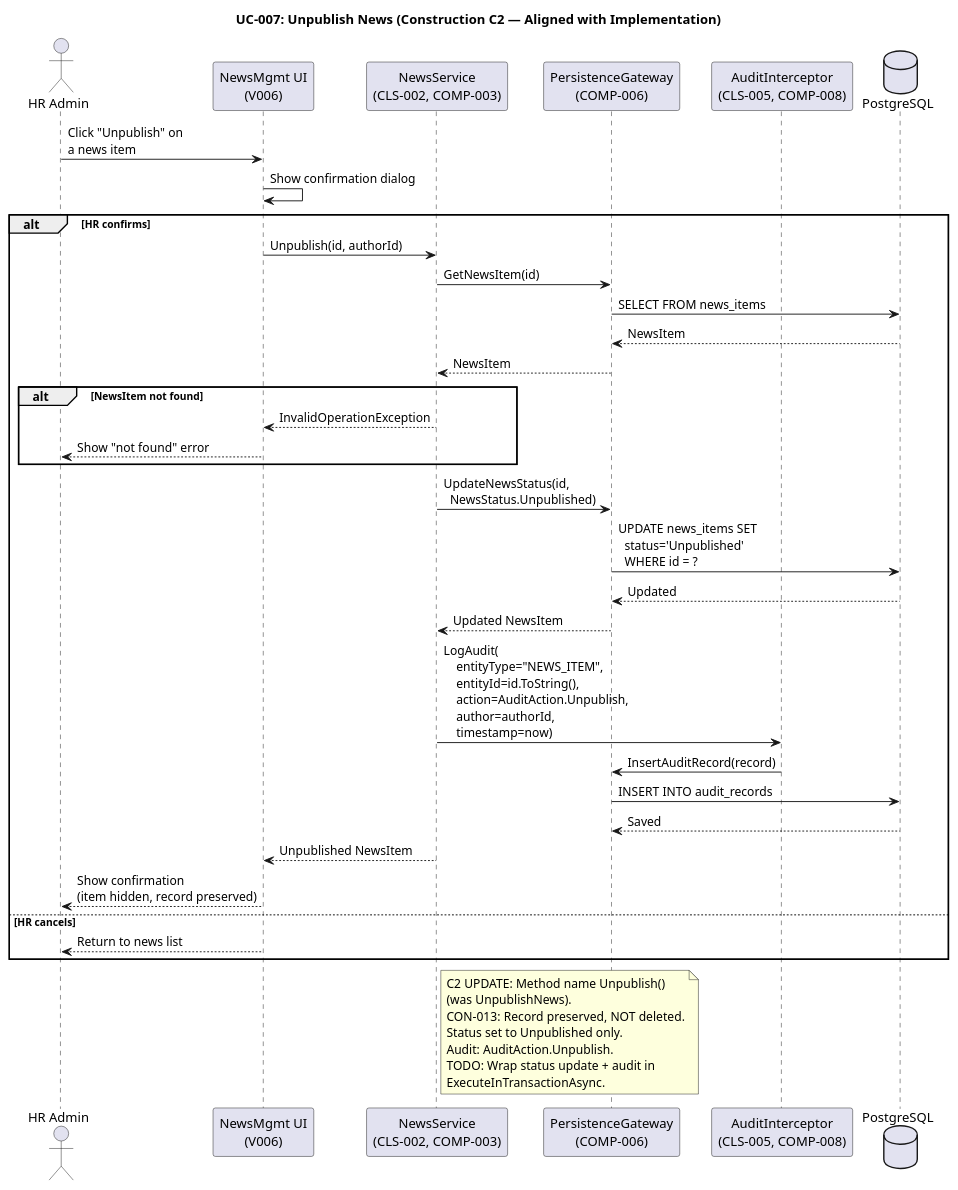
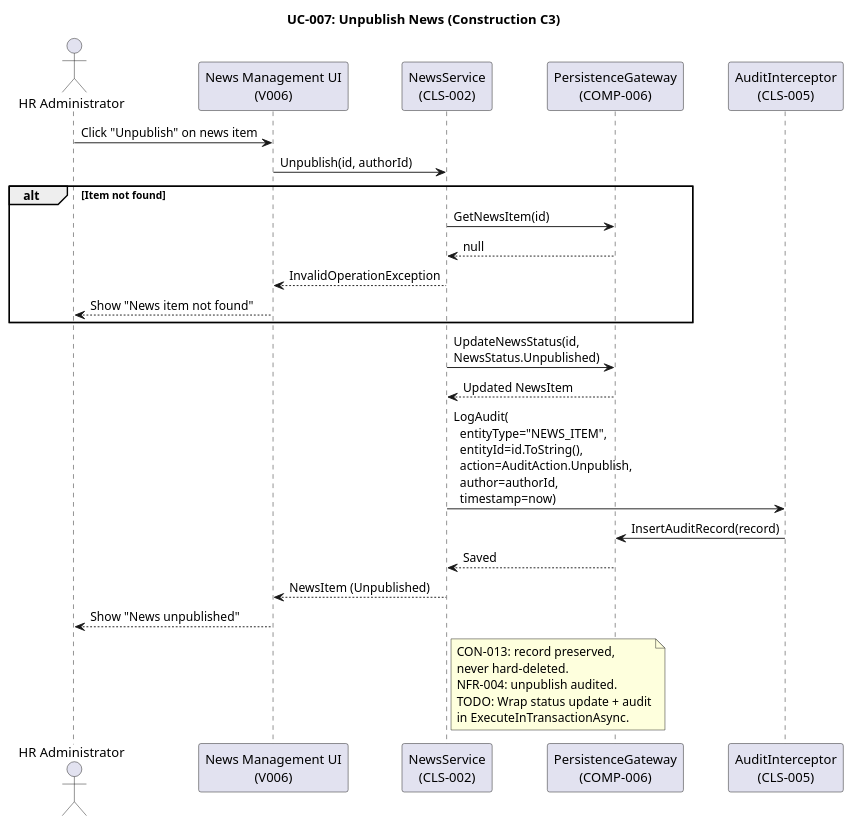
The eighth of 31 diagrams in docs/artifacts/analysis---design/design-model.md (banense-test/portal-cuba-corp), drawn with PlantUML before and after one commit. The commit also changed other lines of this file, not shown here.

````diff
--- a/docs/artifacts/analysis---design/design-model.md
+++ b/docs/artifacts/analysis---design/design-model.md
@@ -613,55 +548,40 @@
 ```plantuml
 @startuml
-title UC-007: Unpublish News (Construction C2 — Aligned with Implementation)
+title UC-007: Unpublish News (Construction C3)
 
-actor "HR Admin" as HR
-participant "NewsMgmt UI\n(V006)" as UI
-participant "NewsService\n(CLS-002, COMP-003)" as SVC
+actor "HR Administrator" as HR
+participant "News Management UI\n(V006)" as UI
+participant "NewsService\n(CLS-002)" as SVC
 participant "PersistenceGateway\n(COMP-006)" as DB
-participant "AuditInterceptor\n(CLS-005, COMP-008)" as AUDIT
-database "PostgreSQL" as PG
+participant "AuditInterceptor\n(CLS-005)" as AUDIT
 
-HR -> UI : Click "Unpublish" on\na news item
-UI -> UI : Show confirmation dialog
+HR -> UI : Click "Unpublish" on news item
+UI -> SVC : Unpublish(id, authorId)
 
-alt HR confirms
-  UI -> SVC : Unpublish(id, authorId)
-
+alt Item not found
   SVC -> DB : GetNewsItem(id)
-  DB -> PG : SELECT FROM news_items
-  PG --> DB : NewsItem
-  DB --> SVC : NewsItem
-
-  alt NewsItem not found
-    SVC --> UI : InvalidOperationException
-    UI --> HR : Show "not found" error
-  end
-
-  SVC -> DB : UpdateNewsStatus(id,\n  NewsStatus.Unpublished)
-  DB -> PG : UPDATE news_items SET\n  status='Unpublished'\n  WHERE id = ?
-  PG --> DB : Updated
-  DB --> SVC : Updated NewsItem
-
-  SVC -> AUDIT : LogAudit(\n    entityType="NEWS_ITEM",\n    entityId=id.ToString(),\n    action=AuditAction.Unpublish,\n    author=authorId,\n    timestamp=now)
-  AUDIT -> DB : InsertAuditRecord(record)
-  DB -> PG : INSERT INTO audit_records
-  PG --> DB : Saved
-
-  SVC --> UI : Unpublished NewsItem
-  UI --> HR : Show confirmation\n(item hidden, record preserved)
-else HR cancels
-  UI --> HR : Return to news list
+  DB --> SVC : null
+  SVC --> UI : InvalidOperationException
+  UI --> HR : Show "News item not found"
 end
 
+SVC -> DB : UpdateNewsStatus(id,\nNewsStatus.Unpublished)
+DB --> SVC : Updated NewsItem
+
+SVC -> AUDIT : LogAudit(\n  entityType="NEWS_ITEM",\n  entityId=id.ToString(),\n  action=AuditAction.Unpublish,\n  author=authorId,\n  timestamp=now)
+AUDIT -> DB : InsertAuditRecord(record)
+DB --> SVC : Saved
+
+SVC --> UI : NewsItem (Unpublished)
+UI --> HR : Show "News unpublished"
+
 note right of SVC
-  C2 UPDATE: Method name Unpublish()
-  (was UnpublishNews).
-  CON-013: Record preserved, NOT deleted.
-  Status set to Unpublished only.
-  Audit: AuditAction.Unpublish.
-  TODO: Wrap status update + audit in
-  ExecuteInTransactionAsync.
+  CON-013: record preserved,
+  never hard-deleted.
+  NFR-004: unpublish audited.
+  TODO: Wrap status update + audit
+  in ExecuteInTransactionAsync.
 end note
 
 @enduml
 ```
````
